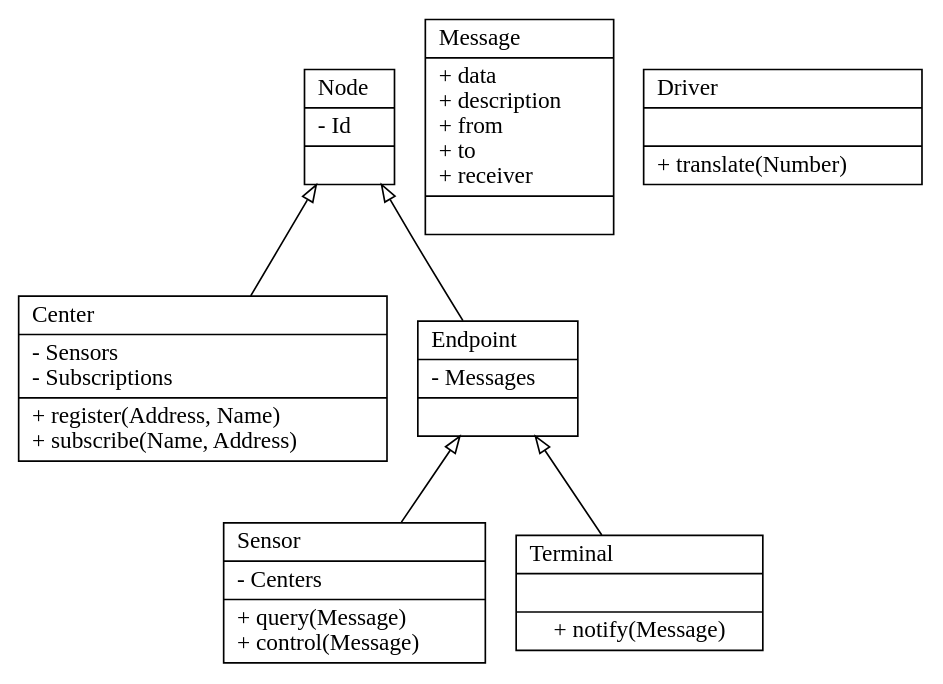
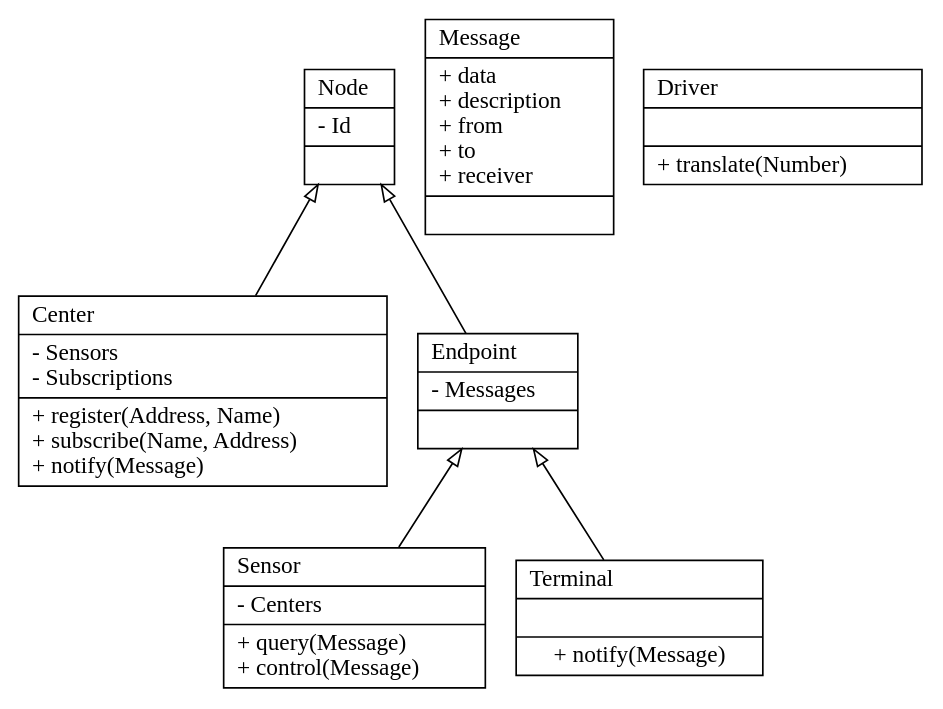
One commit to vmiklos/bsc-thesis changed the diagram in statikus-struktura-diagram.dot. Above: the diagram before and after it, drawn with Graphviz. The commit also changed 1 other file, not shown here.

```diff
--- a/statikus-struktura-diagram.dot
+++ b/statikus-struktura-diagram.dot
@@ -1,20 +1,20 @@
 digraph G {
 	node [shape=record]
 	c0 [label="{Node\l|- Id\l|}"]
 
-	c1 [label="{Center\l|- Sensors\l- Subscriptions\l|+ register(Address, Name)\l+ subscribe(Name, Address)\l}"]
+	c1 [label="{Center\l|- Sensors\l- Subscriptions\l|+ register(Address, Name)\l+ subscribe(Name, Address)\l+ notify(Message)\l}"]
 	c0 -> c1 [dir=back,arrowtail=empty]
 
 	c2 [label="{Endpoint\l|- Messages\l|}"]
 	c0 -> c2 [dir=back,arrowtail=empty]
 
 	c3 [label="{Sensor\l|- Centers\l|+ query(Message)\l+ control(Message)\l}"]
 	c2 -> c3 [dir=back,arrowtail=empty]
 
 	c4 [label="{Terminal\l||+ notify(Message)}"]
 	c2 -> c4 [dir=back,arrowtail=empty]
 
 	c5 [label="{Message\l|+ data\l+ description\l+ from\l+ to\l+ receiver\l|}"]
 
 	c6 [label="{Driver\l||+ translate(Number)\l}}"]
 }
```
